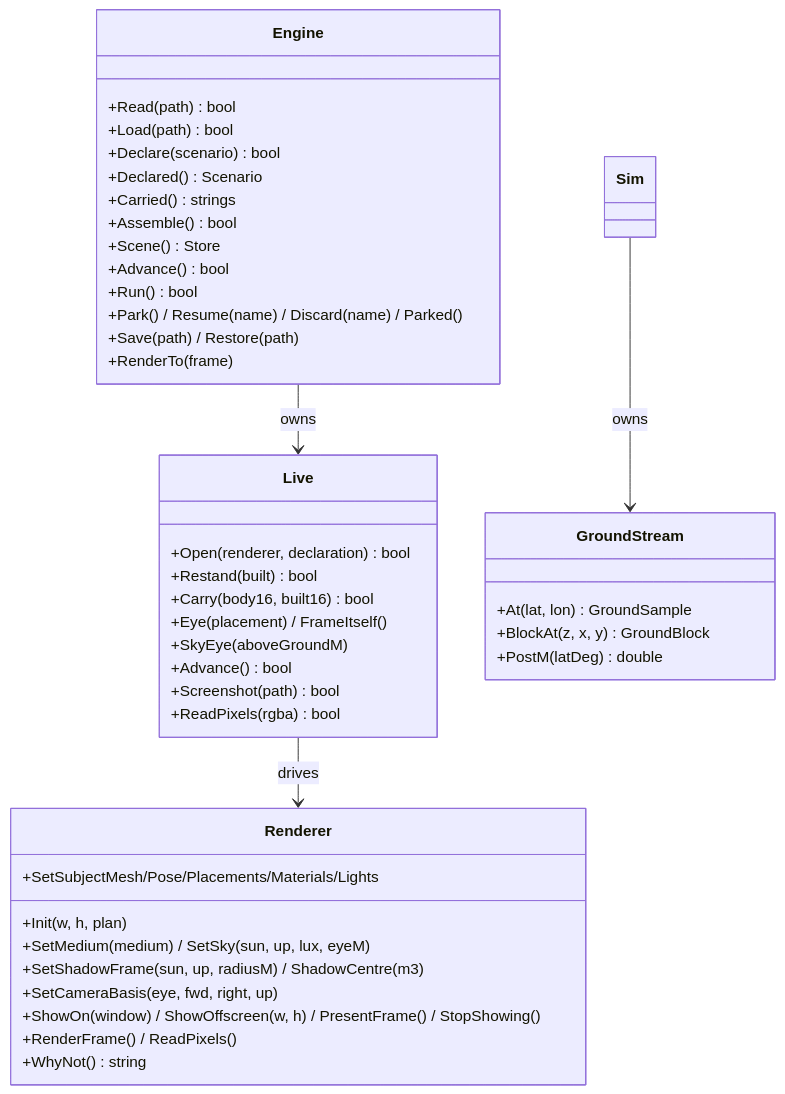
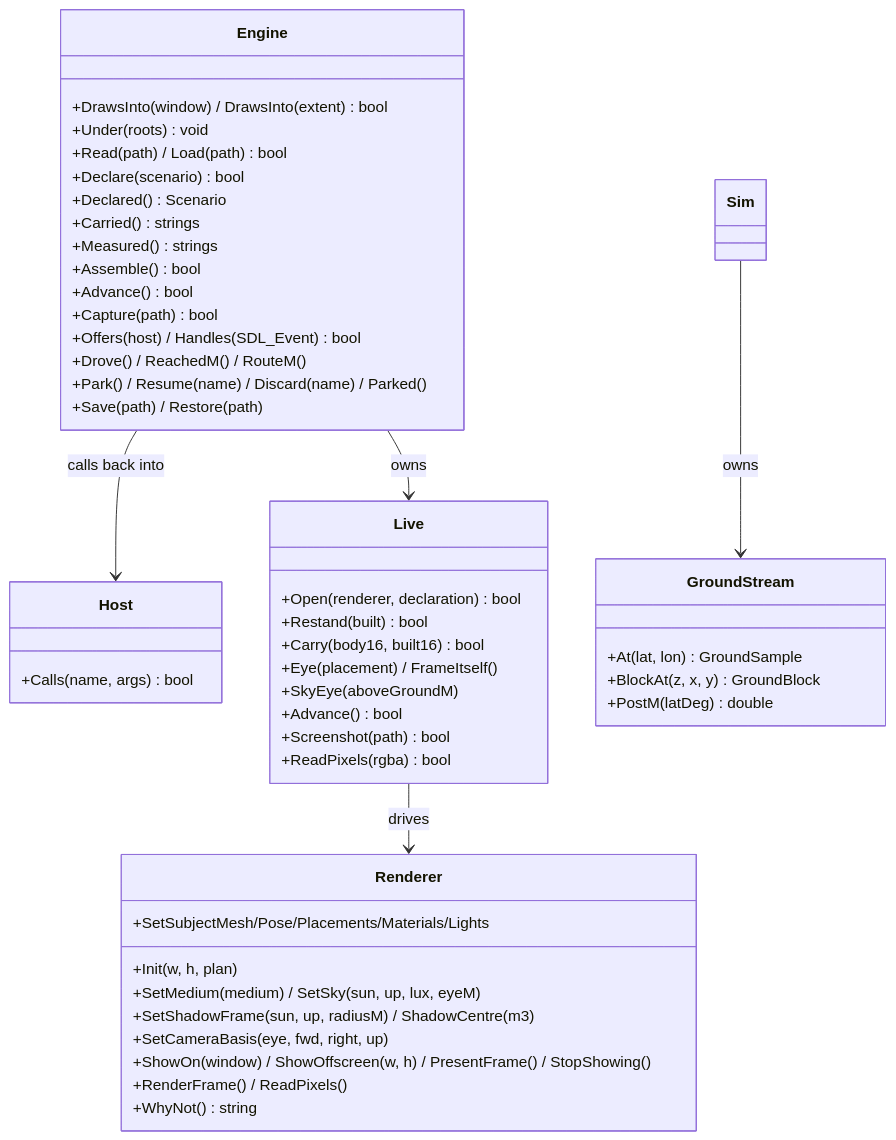
Before and after one commit to Weichwolf/outshine: the eighth of 11 diagrams in CLAUDE.md, drawn with Mermaid. The commit also changed other lines of this file and 1 other file, not shown here.

````diff
--- a/CLAUDE.md
+++ b/CLAUDE.md
@@ -274,46 +277,52 @@
 ```mermaid
 classDiagram
   direction TB
   class Engine {
-    +Read(path) bool
-    +Load(path) bool
+    +DrawsInto(window) / DrawsInto(extent) bool
+    +Under(roots) void
+    +Read(path) / Load(path) bool
     +Declare(scenario) bool
     +Declared() Scenario
     +Carried() strings
+    +Measured() strings
     +Assemble() bool
-    +Scene() Store
     +Advance() bool
-    +Run() bool
+    +Capture(path) bool
+    +Offers(host) / Handles(SDL_Event) bool
+    +Drove() / ReachedM() / RouteM()
     +Park() / Resume(name) / Discard(name) / Parked()
     +Save(path) / Restore(path)
-    +RenderTo(frame)
+  }
+  class Host {
+    +Calls(name, args) bool
   }
   class Live {
     +Open(renderer, declaration) bool
     +Restand(built) bool
     +Carry(body16, built16) bool
     +Eye(placement) / FrameItself()
     +SkyEye(aboveGroundM)
     +Advance() bool
     +Screenshot(path) bool
     +ReadPixels(rgba) bool
   }
   class Renderer {
     +Init(w, h, plan)
     +SetSubjectMesh/Pose/Placements/Materials/Lights
     +SetMedium(medium) / SetSky(sun, up, lux, eyeM)
     +SetShadowFrame(sun, up, radiusM) / ShadowCentre(m3)
     +SetCameraBasis(eye, fwd, right, up)
     +ShowOn(window) / ShowOffscreen(w, h) / PresentFrame() / StopShowing()
     +RenderFrame() / ReadPixels()
     +WhyNot() string
   }
   class GroundStream {
     +At(lat, lon) GroundSample
     +BlockAt(z, x, y) GroundBlock
     +PostM(latDeg) double
   }
+  Engine --> Host : calls back into
   Engine --> Live : owns
   Live --> Renderer : drives
   Sim --> GroundStream : owns
 ```
````
